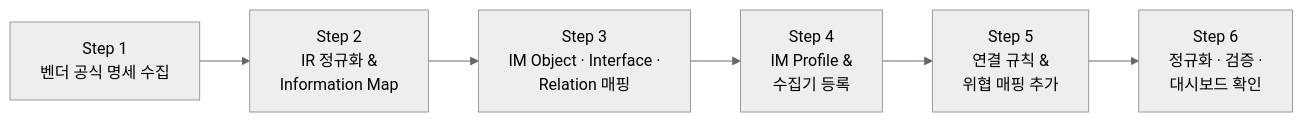
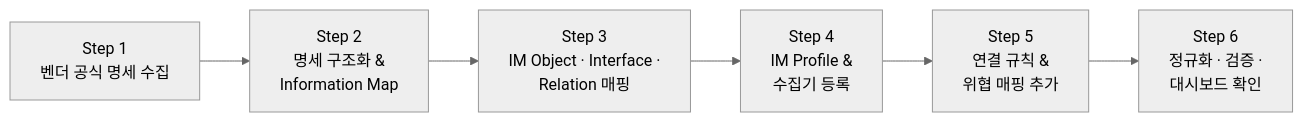
The diagram in docs/03-enterprise-adoption/adding-new-saas.md (AEGI-Inc/aegi-framework), drawn with Mermaid (neutral theme) before and after one commit. The commit also changed other lines of this file and 5 other files, not shown here.

Commit message:
docs: clarify pipeline and core concepts (Information Map, IM, IM Profile)

````diff
--- a/docs/03-enterprise-adoption/adding-new-saas.md
+++ b/docs/03-enterprise-adoption/adding-new-saas.md
@@ -9,8 +9,8 @@
 ```mermaid
 flowchart LR
-  A["Step 1<br/>벤더 공식 명세 수집"] --> B["Step 2<br/>IR 정규화 &<br/>Information Map"]
+  A["Step 1<br/>벤더 공식 명세 수집"] --> B["Step 2<br/>명세 구조화 &<br/>Information Map"]
   B --> C["Step 3<br/>IM Object · Interface ·<br/>Relation 매핑"]
   C --> D["Step 4<br/>IM Profile &<br/>수집기 등록"]
   D --> E["Step 5<br/>연결 규칙 &<br/>위협 매핑 추가"]
   E --> F["Step 6<br/>정규화 · 검증 ·<br/>대시보드 확인"]
 ```
````
